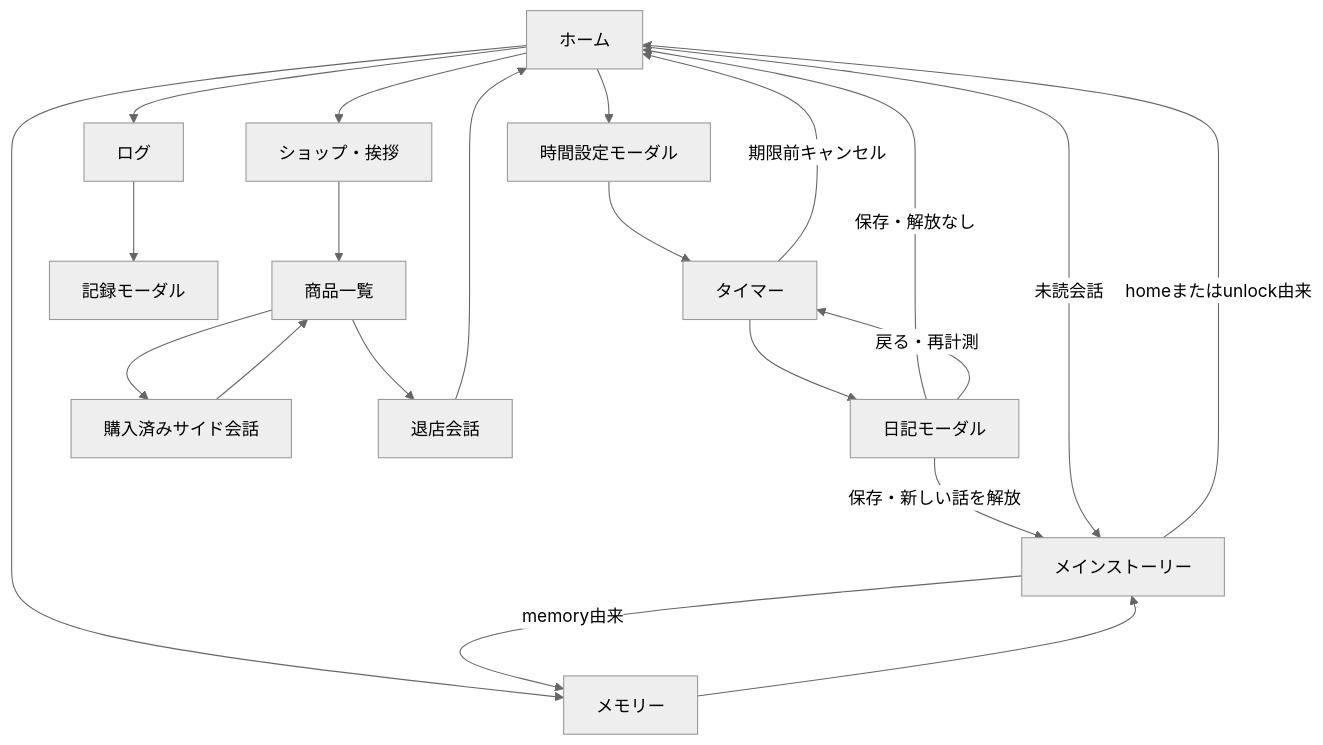
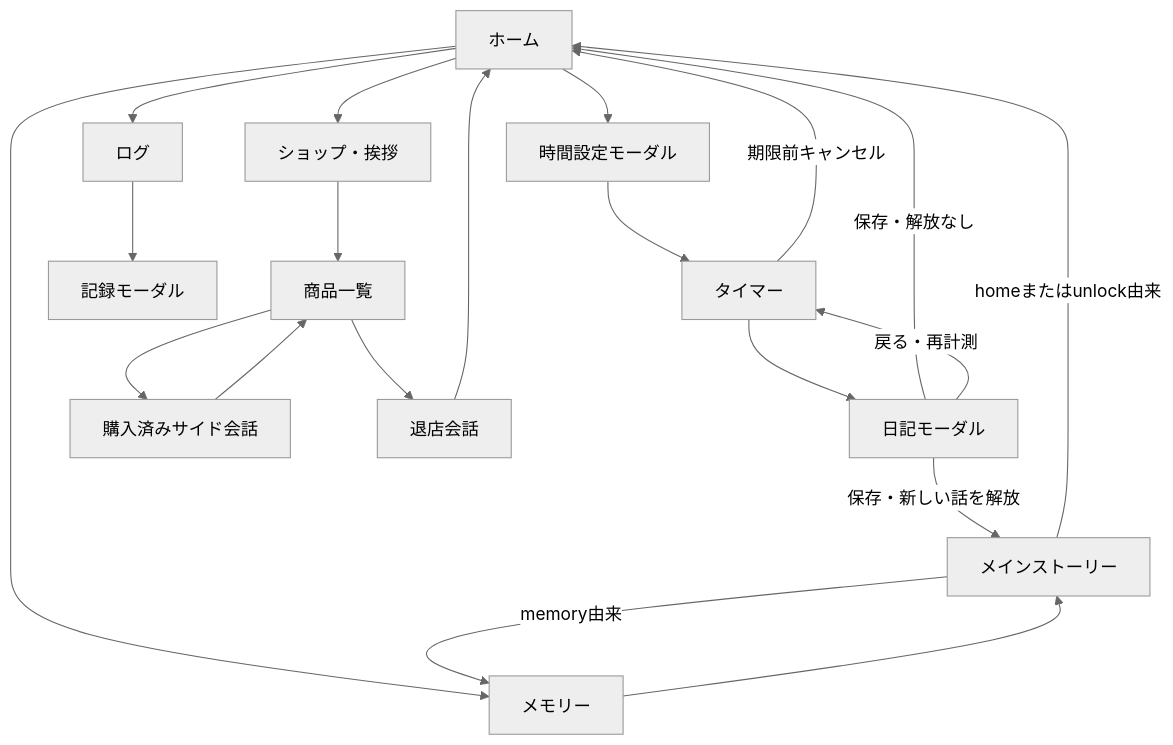
Before and after one commit to samezima10101/TOVAL: the diagram in docs/current-spec/screens.md, drawn with Mermaid (neutral theme). The commit also changed other lines of this file and 57 other files, not shown here.

````diff
--- a/docs/current-spec/screens.md
+++ b/docs/current-spec/screens.md
@@ -65,23 +69,22 @@
 ```mermaid
 flowchart TD
   H[ホーム] --> TM[時間設定モーダル]
   TM --> T[タイマー]
   T --> D[日記モーダル]
   D -->|保存・新しい話を解放| S[メインストーリー]
   D -->|保存・解放なし| H
   D -->|戻る・再計測| T
   T -->|期限前キャンセル| H
-  H -->|未読会話| S
   H --> M[メモリー]
   M --> S
   S -->|memory由来| M
   S -->|homeまたはunlock由来| H
   H --> L[ログ]
   L --> LM[記録モーダル]
   H --> Q[ショップ・挨拶]
   Q --> QL[商品一覧]
   QL --> SS[購入済みサイド会話]
   SS --> QL
   QL --> F[退店会話]
   F --> H
 ```
````
